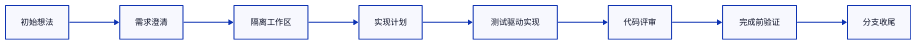
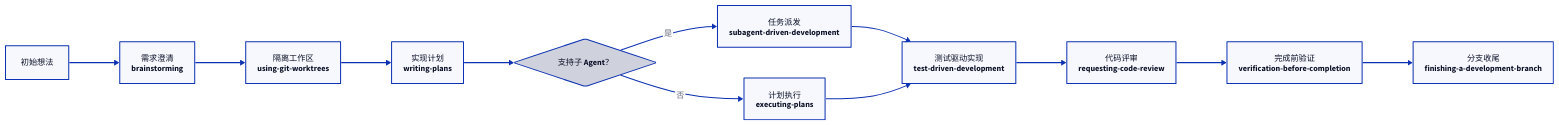
The second of 2 diagrams in apps/docs/ai/Agent/SDD 指南.md (youngluo/thinking), drawn with D2 before and after one commit. The commit also changed other lines of this file and 1 other file, not shown here.

````diff
--- a/apps/docs/ai/Agent/SDD 指南.md
+++ b/apps/docs/ai/Agent/SDD 指南.md
@@ -196,14 +227,25 @@
 ```d2
 direction: right
 
 A: 初始想法
-B: 需求澄清
-C: 隔离工作区
-D: 实现计划
-E: 测试驱动实现
-F: 代码评审
-G: 完成前验证
-H: 分支收尾
+B: 需求澄清\nbrainstorming
+C: 隔离工作区\nusing-git-worktrees
+D: 实现计划\nwriting-plans
+E: 支持子 Agent？ {
+  shape: diamond
+  class: decision
+}
+F1: 任务派发\nsubagent-driven-development
+F2: 计划执行\nexecuting-plans
+G: 测试驱动实现\ntest-driven-development
+H: 代码评审\nrequesting-code-review
+I: 完成前验证\nverification-before-completion
+J: 分支收尾\nfinishing-a-development-branch
 
-A -> B -> C -> D -> E -> F -> G -> H
+A -> B -> C -> D -> E
+E -> F1: 是
+E -> F2: 否
+F1 -> G
+F2 -> G
+G -> H -> I -> J
 ```
````
